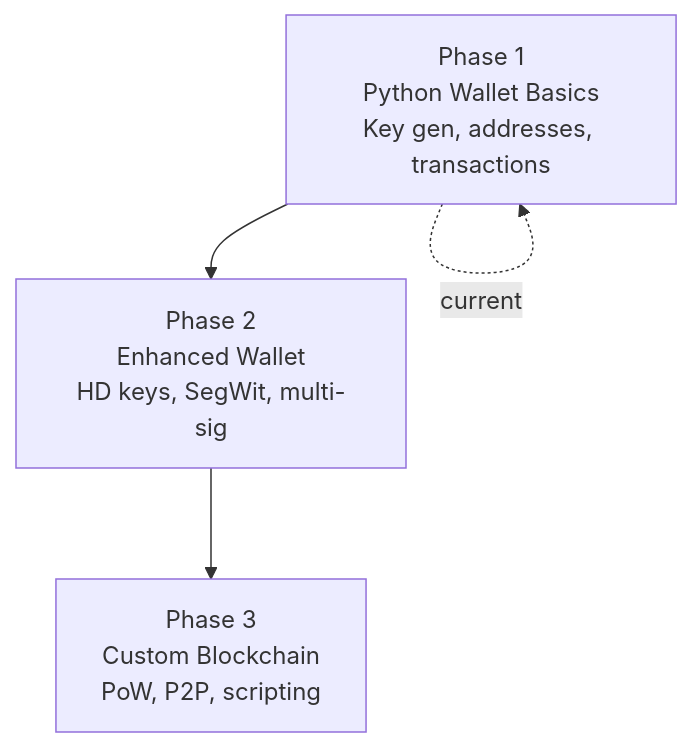
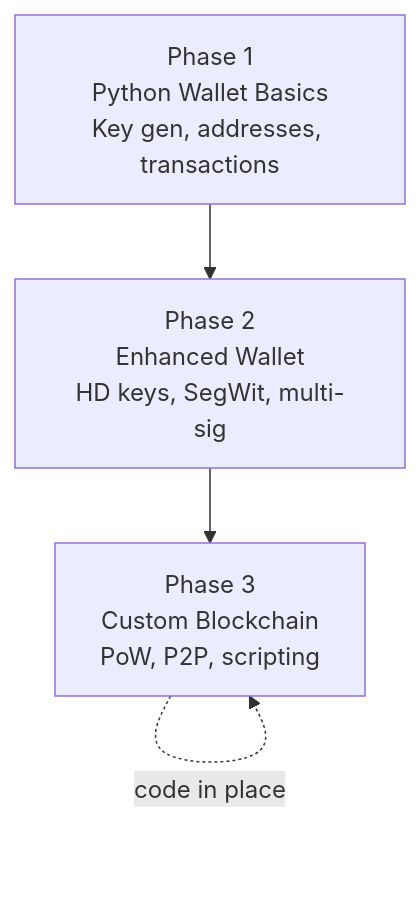
Before and after one commit to amrambouskila/blockchain: the second of 2 diagrams in README.md, drawn with Mermaid. The commit also changed other lines of this file and 86 other files, not shown here.

````diff
--- a/README.md
+++ b/README.md
@@ -62,7 +61,7 @@
 ```mermaid
 graph TD
     P1[Phase 1<br/>Python Wallet Basics<br/>Key gen, addresses, transactions] --> P2[Phase 2<br/>Enhanced Wallet<br/>HD keys, SegWit, multi-sig]
     P2 --> P3[Phase 3<br/>Custom Blockchain<br/>PoW, P2P, scripting]
 
-    P1 -.->|current| P1
+    P3 -.->|code in place| P3
 ```
````
